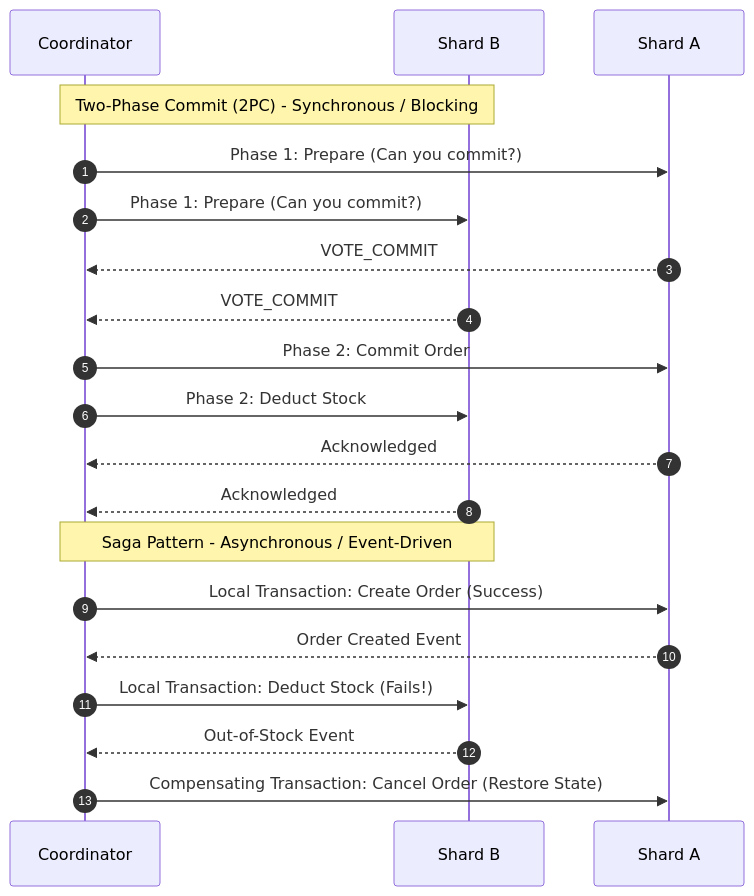
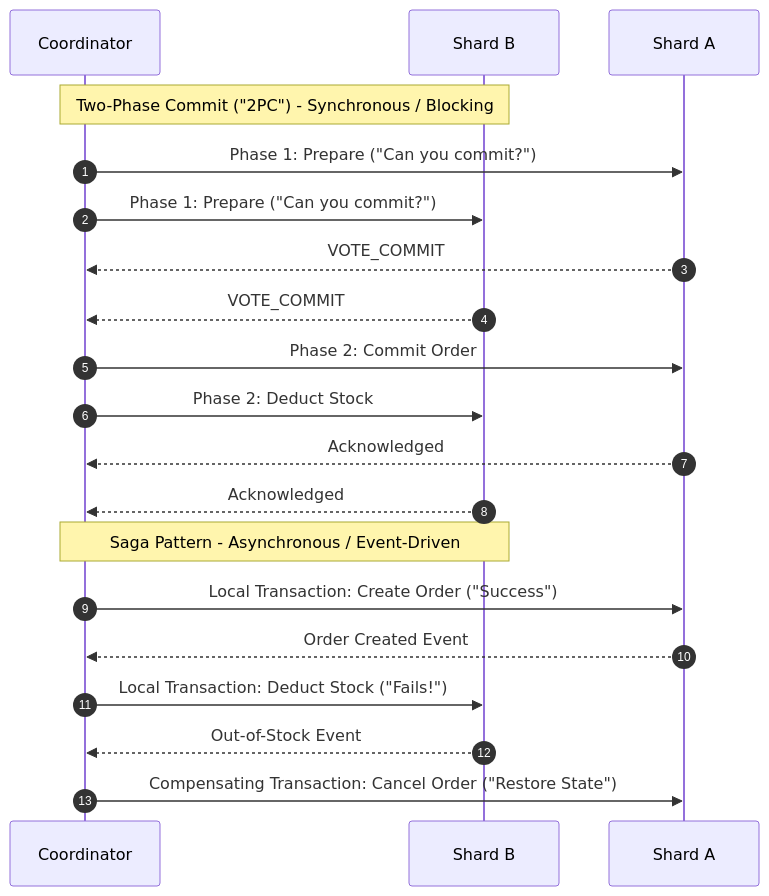
Before and after one commit to vesviet/vesviet: the diagram in content/series/high-concurrency-systems/article_9_sharding.md, drawn with Mermaid. The commit also changed other lines of this file and 331 other files, not shown here.

````diff
--- a/content/series/high-concurrency-systems/article_9_sharding.md
+++ b/content/series/high-concurrency-systems/article_9_sharding.md
@@ -109,20 +112,20 @@
 ```mermaid
 sequenceDiagram
     autonumber
-    Note over Coordinator, Shard B: Two-Phase Commit (2PC) - Synchronous / Blocking
-    Coordinator->>Shard A: Phase 1: Prepare (Can you commit?)
-    Coordinator->>Shard B: Phase 1: Prepare (Can you commit?)
+    Note over Coordinator, Shard B: Two-Phase Commit ("2PC") - Synchronous / Blocking
+    Coordinator->>Shard A: Phase 1: Prepare ("Can you commit?")
+    Coordinator->>Shard B: Phase 1: Prepare ("Can you commit?")
     Shard A-->>Coordinator: VOTE_COMMIT
     Shard B-->>Coordinator: VOTE_COMMIT
     Coordinator->>Shard A: Phase 2: Commit Order
     Coordinator->>Shard B: Phase 2: Deduct Stock
     Shard A-->>Coordinator: Acknowledged
     Shard B-->>Coordinator: Acknowledged
 
     Note over Coordinator, Shard B: Saga Pattern - Asynchronous / Event-Driven
-    Coordinator->>Shard A: Local Transaction: Create Order (Success)
+    Coordinator->>Shard A: Local Transaction: Create Order ("Success")
     Shard A-->>Coordinator: Order Created Event
-    Coordinator->>Shard B: Local Transaction: Deduct Stock (Fails!)
+    Coordinator->>Shard B: Local Transaction: Deduct Stock ("Fails!")
     Shard B-->>Coordinator: Out-of-Stock Event
-    Coordinator->>Shard A: Compensating Transaction: Cancel Order (Restore State)
+    Coordinator->>Shard A: Compensating Transaction: Cancel Order ("Restore State")
 ```
````
